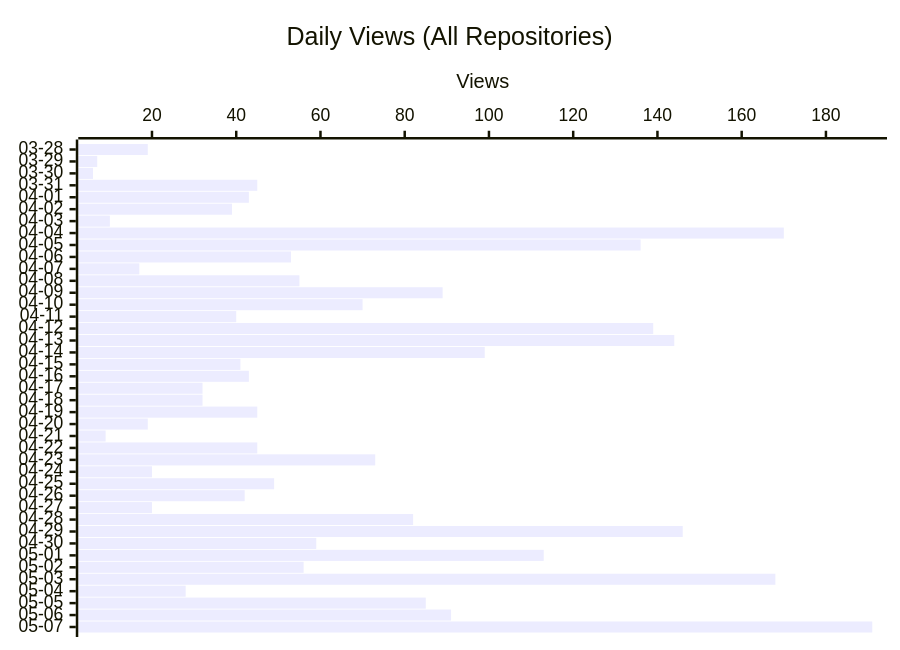
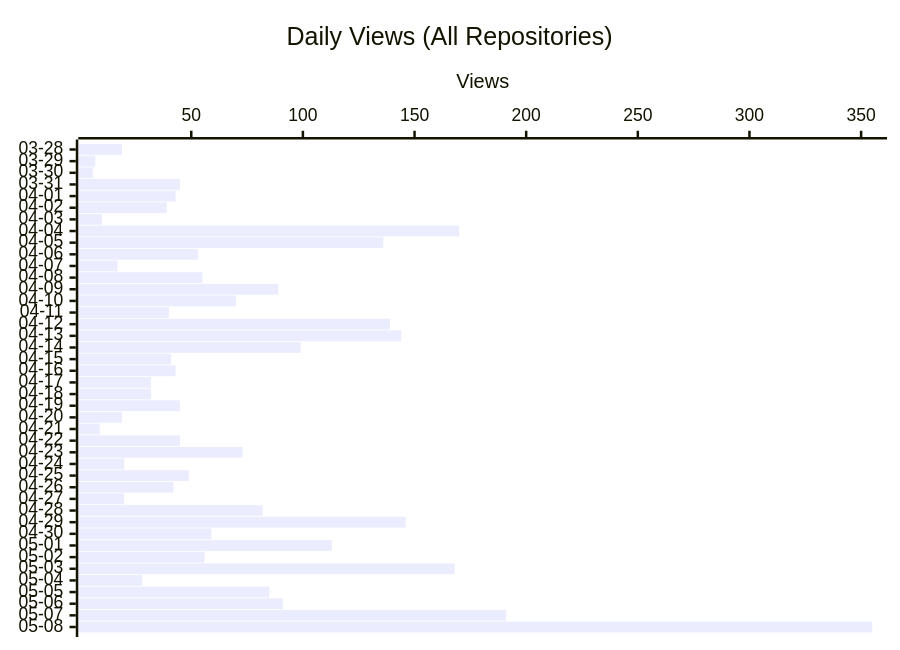
Before and after one commit to shigechika/github-insights: the second of 3 diagrams in README.md, drawn with Mermaid. The commit also changed other lines of this file and 2 other files, not shown here.

````diff
--- a/README.md
+++ b/README.md
@@ -28,7 +28,7 @@
 ```mermaid
 xychart-beta horizontal
     title "Daily Views (All Repositories)"
-    x-axis ["03-28", "03-29", "03-30", "03-31", "04-01", "04-02", "04-03", "04-04", "04-05", "04-06", "04-07", "04-08", "04-09", "04-10", "04-11", "04-12", "04-13", "04-14", "04-15", "04-16", "04-17", "04-18", "04-19", "04-20", "04-21", "04-22", "04-23", "04-24", "04-25", "04-26", "04-27", "04-28", "04-29", "04-30", "05-01", "05-02", "05-03", "05-04", "05-05", "05-06", "05-07"]
+    x-axis ["03-28", "03-29", "03-30", "03-31", "04-01", "04-02", "04-03", "04-04", "04-05", "04-06", "04-07", "04-08", "04-09", "04-10", "04-11", "04-12", "04-13", "04-14", "04-15", "04-16", "04-17", "04-18", "04-19", "04-20", "04-21", "04-22", "04-23", "04-24", "04-25", "04-26", "04-27", "04-28", "04-29", "04-30", "05-01", "05-02", "05-03", "05-04", "05-05", "05-06", "05-07", "05-08"]
     y-axis "Views"
-    bar [19, 7, 6, 45, 43, 39, 10, 170, 136, 53, 17, 55, 89, 70, 40, 139, 144, 99, 41, 43, 32, 32, 45, 19, 9, 45, 73, 20, 49, 42, 20, 82, 146, 59, 113, 56, 168, 28, 85, 91, 191]
+    bar [19, 7, 6, 45, 43, 39, 10, 170, 136, 53, 17, 55, 89, 70, 40, 139, 144, 99, 41, 43, 32, 32, 45, 19, 9, 45, 73, 20, 49, 42, 20, 82, 146, 59, 113, 56, 168, 28, 85, 91, 191, 355]
 ```
````
